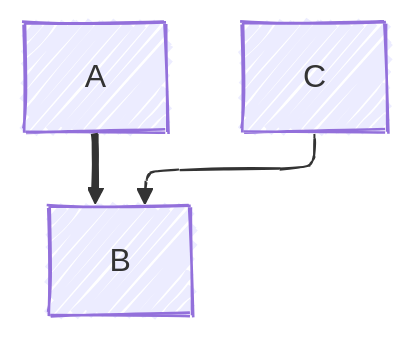
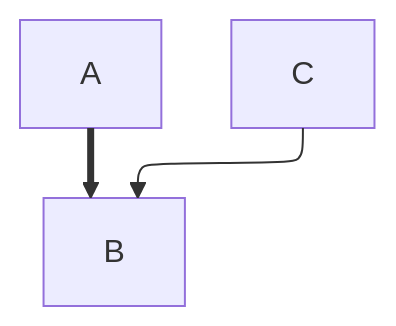
One commit to bltb/bltb.github.io changed the diagram in docs/mermaid-example.mmd. Above: the diagram before and after it, drawn with Mermaid.

```diff
--- a/docs/mermaid-example.mmd
+++ b/docs/mermaid-example.mmd
@@ -1,9 +1,8 @@
 ---
 config:
   layout: elk
-  look: handDrawn
 
 ---
 flowchart
   A ==> B
   C --> B
```
